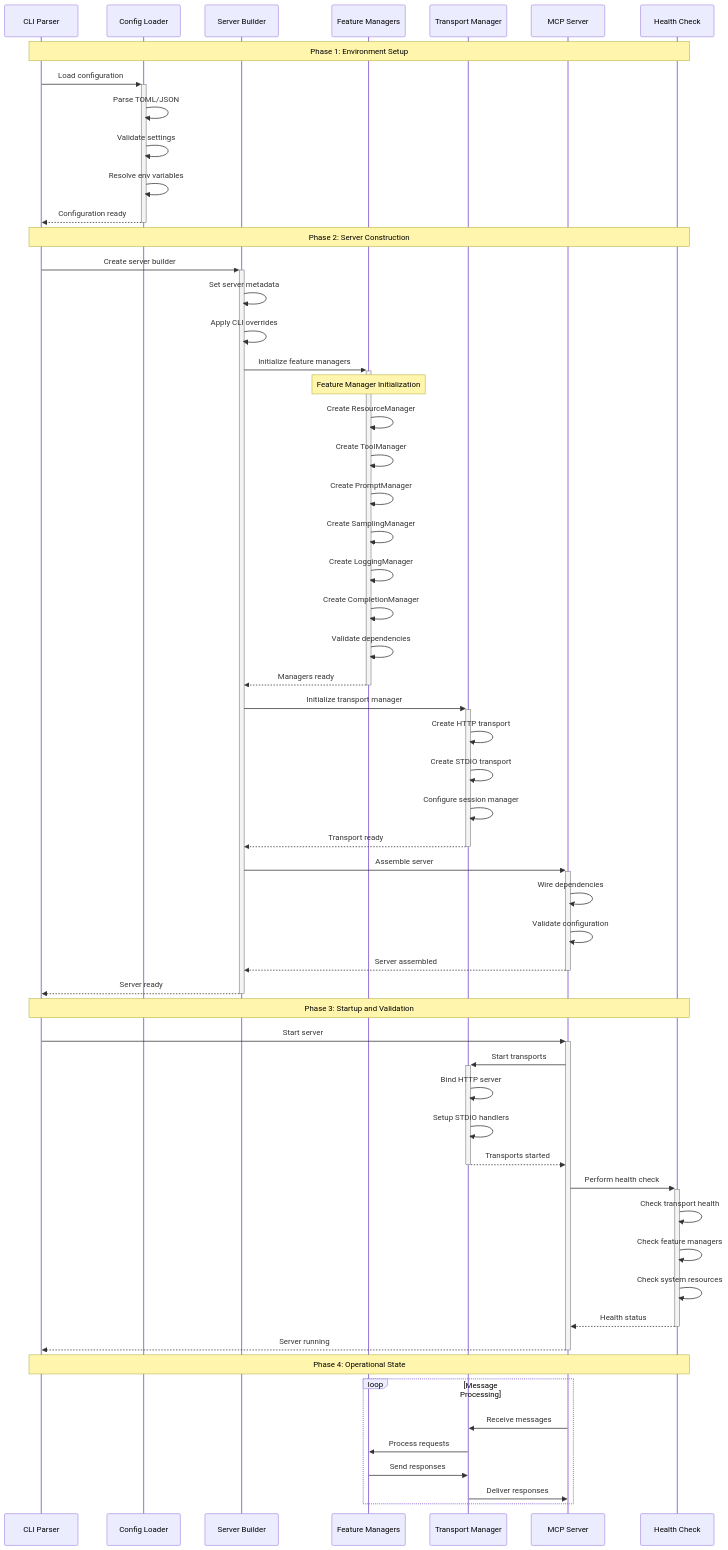
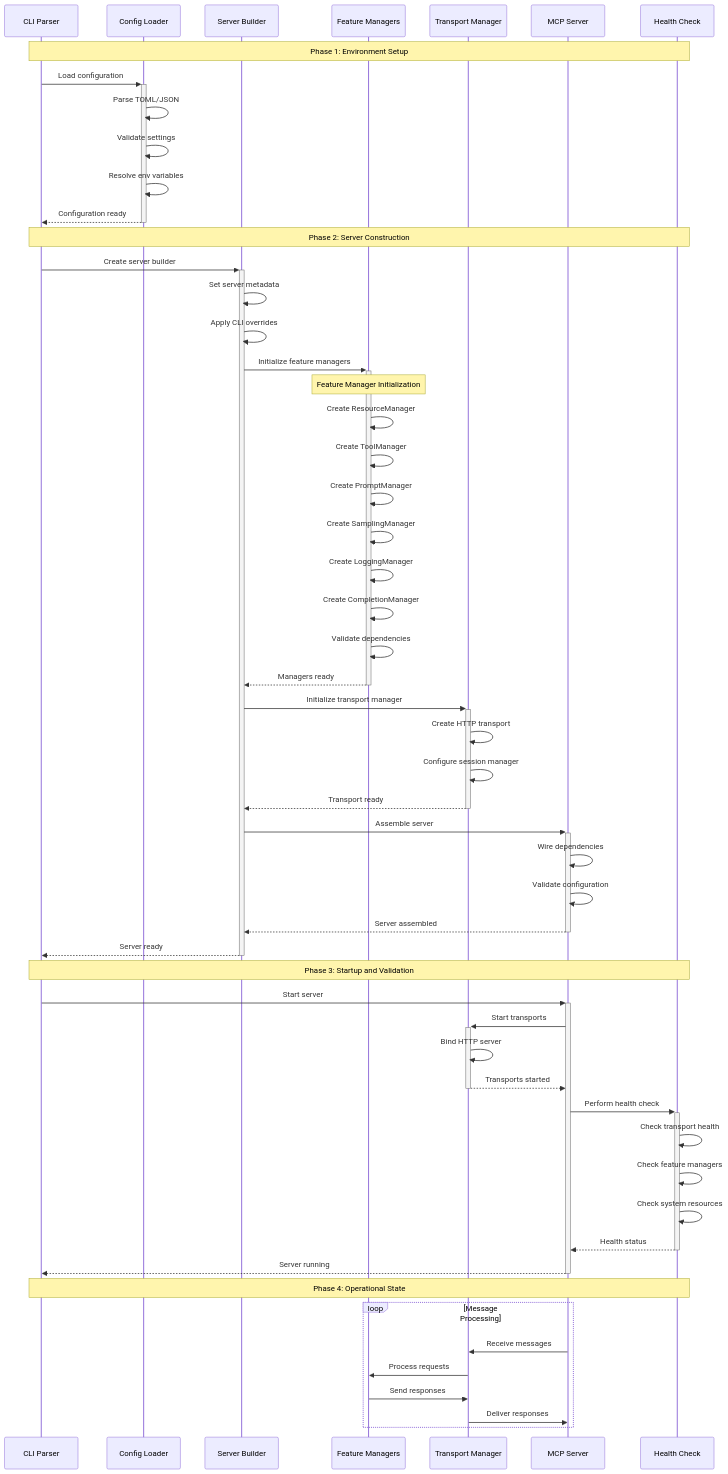
The second of 4 diagrams in docs/system-initialization-flow.md (Jeetulsamaiya/mcp-server), drawn with Mermaid before and after one commit. The commit also changed other lines of this file and 9 other files, not shown here.

First line of the commit message:
Refactor MCP Server to Remove STDIO Transport Support

```diff
--- a/docs/system-initialization-flow.md
+++ b/docs/system-initialization-flow.md
@@ -1963,7 +1953,6 @@
 
     Builder->>+TM: Initialize transport manager
     TM->>TM: Create HTTP transport
-    TM->>TM: Create STDIO transport
     TM->>TM: Configure session manager
     TM-->>-Builder: Transport ready
 
@@ -1977,7 +1966,6 @@
     CLI->>+Server: Start server
     Server->>+TM: Start transports
     TM->>TM: Bind HTTP server
-    TM->>TM: Setup STDIO handlers
     TM-->>-Server: Transports started
 
     Server->>+Health: Perform health check
```
